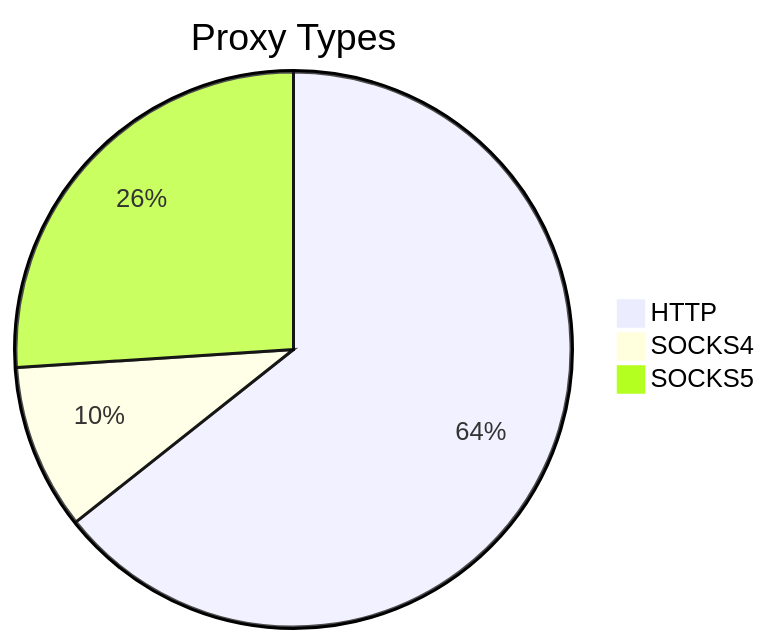
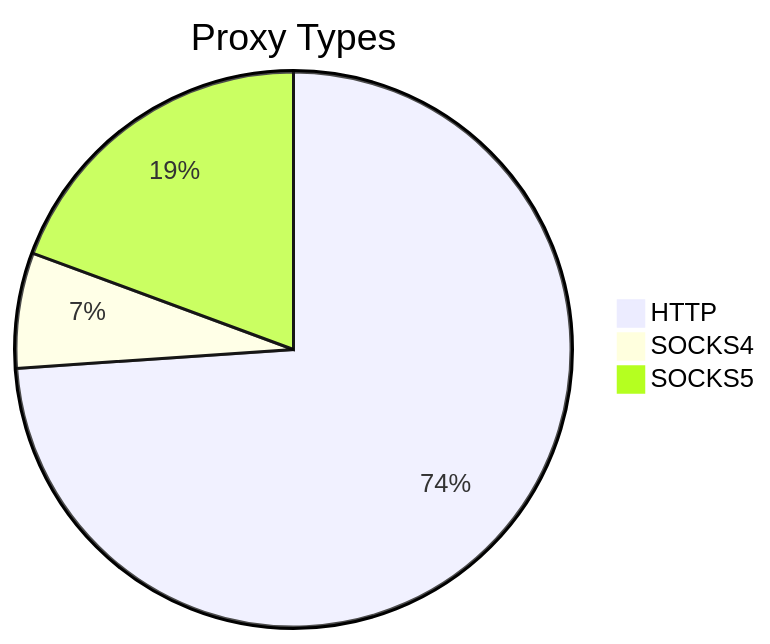
One commit to stormsia/proxy-list changed the first of 2 diagrams in README.md. Above: the diagram before and after it, drawn with Mermaid. The commit also changed other lines of this file, not shown here.

````diff
--- a/README.md
+++ b/README.md
@@ -21,6 +21,6 @@
 ```mermaid
 pie title Proxy Types
-    "HTTP" : 294
-    "SOCKS4" : 44
-    "SOCKS5" : 119
+    "HTTP" : 374
+    "SOCKS4" : 34
+    "SOCKS5" : 98
 ```
````
